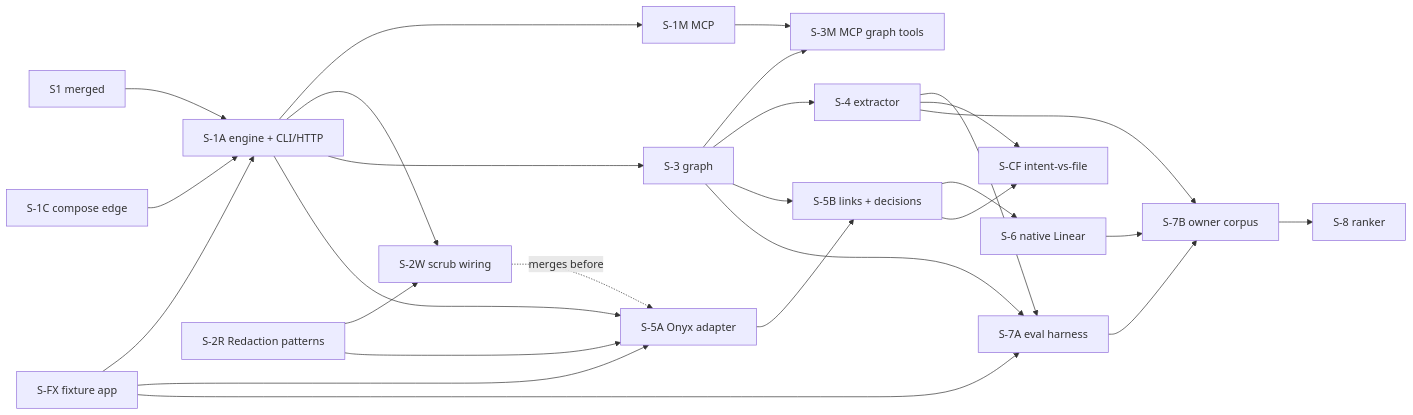
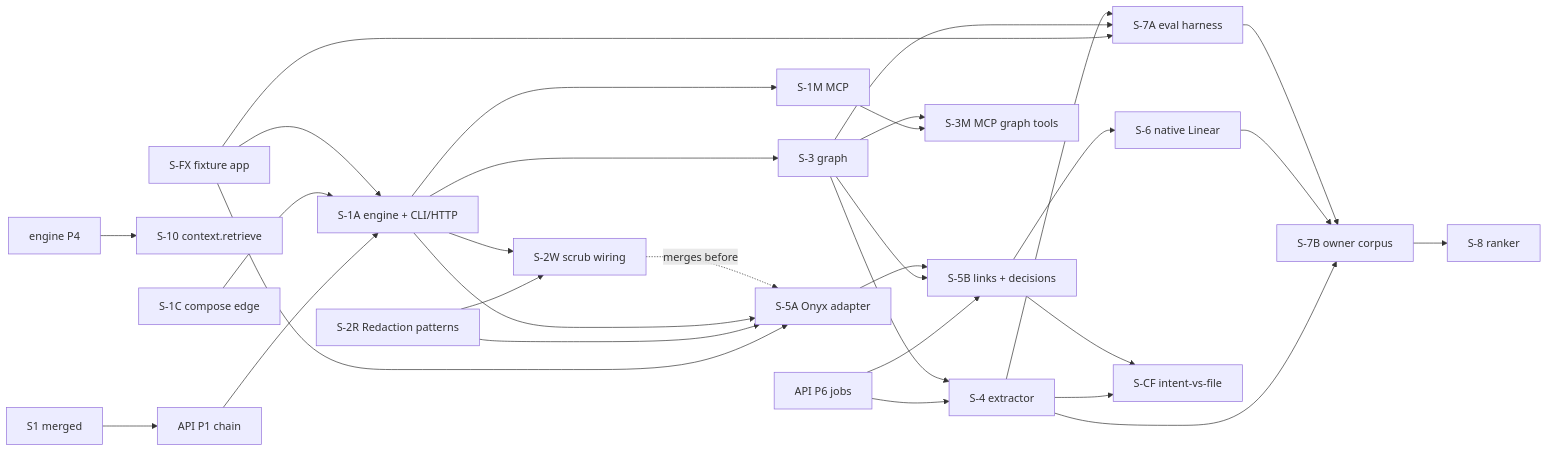
One commit to joithor/agentic-workflow changed the diagram in docs/superpowers/specs/2026-10-10-sindri-context-retrieval-design.md. Above: the diagram before and after it, drawn with Mermaid. The commit also changed other lines of this file and 4 other files, not shown here.

````diff
--- a/docs/superpowers/specs/2026-10-10-sindri-context-retrieval-design.md
+++ b/docs/superpowers/specs/2026-10-10-sindri-context-retrieval-design.md
@@ -833,29 +837,33 @@
 ```mermaid
 flowchart LR
-  S1[S1 merged] --> S1A
+  S1[S1 merged] --> P1[API P1 chain]
+  P1 --> S1A
+  P6[API P6 jobs] --> S4
+  P6 --> S5B
+  WF4[engine P4] --> S10[S-10 context.retrieve]
   S1C[S-1C compose edge] --> S1A
   SFX[S-FX fixture app] --> S1A
   SFX --> S5A
   SFX --> S7A
   S2R[S-2R Redaction patterns] --> S2W
   S2R --> S5A
   S1A[S-1A engine + CLI/HTTP] --> S1M[S-1M MCP]
   S1A --> S2W[S-2W scrub wiring]
   S1A --> S3[S-3 graph]
   S1A --> S5A[S-5A Onyx adapter]
   S2W -. merges before .-> S5A
   S1M --> S3M[S-3M MCP graph tools]
   S3 --> S3M
   S3 --> S4[S-4 extractor]
   S3 --> S5B[S-5B links + decisions]
   S5A --> S5B
   S5B --> S6[S-6 native Linear]
   S3 --> S7A[S-7A eval harness]
   S4 --> S7A
   S4 --> SCF[S-CF intent-vs-file]
   S5B --> SCF
   S4 --> S7B[S-7B owner corpus]
   S6 --> S7B
   S7A --> S7B
   S7B --> S8[S-8 ranker]
 ```
````
